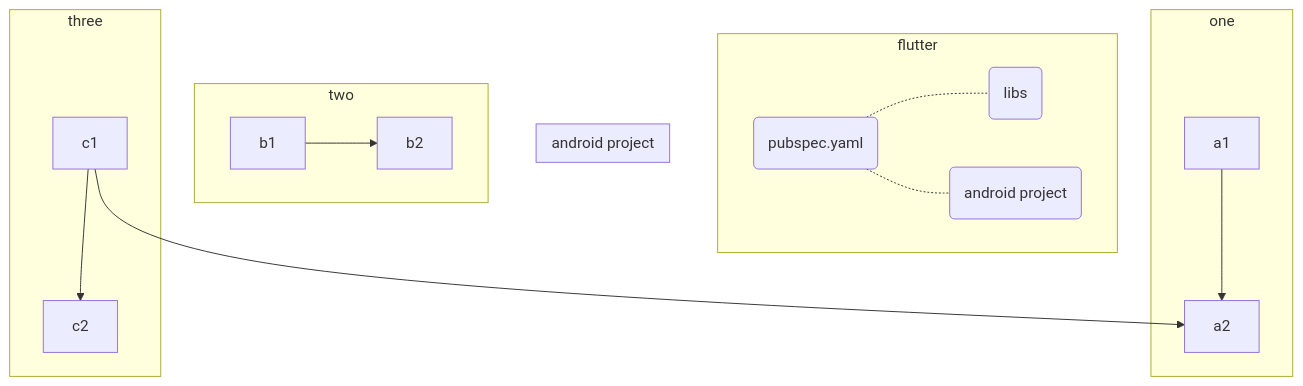
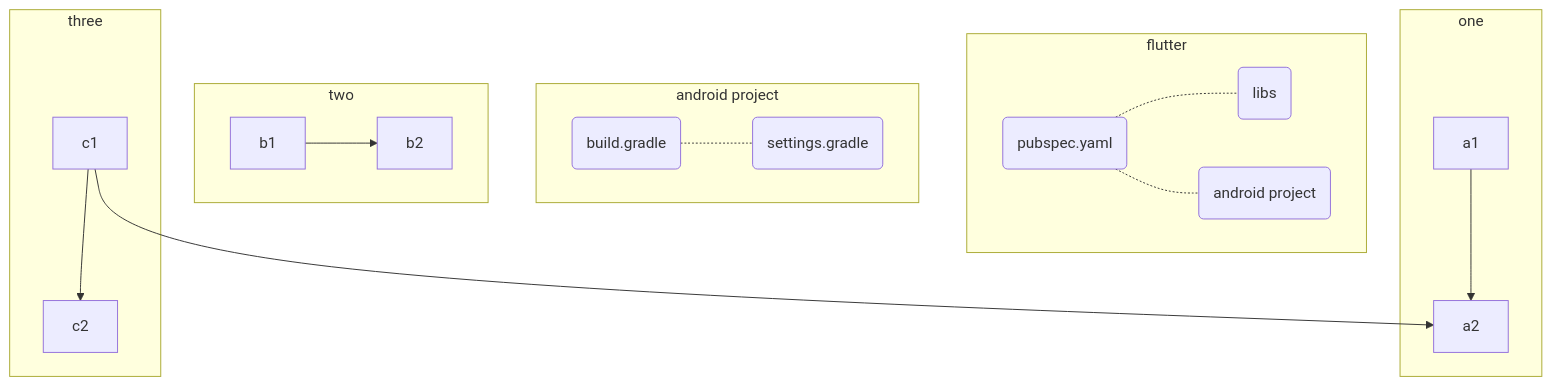
One commit to gordianknotC/nxp_note changed the second of 2 diagrams in flutter/addAndroidProjIntoFlutter.md. Above: the diagram before and after it, drawn with Mermaid. The commit also changed other lines of this file, not shown here.

````diff
--- a/flutter/addAndroidProjIntoFlutter.md
+++ b/flutter/addAndroidProjIntoFlutter.md
@@ -225,19 +225,20 @@
 ```mermaid
 graph TB
 	subgraph flutter
 		FP(pubspec.yaml) -.- FL(libs)
 		FP -.- FA(android project)
 	end
 	subgraph android project
+		AB(build.gradle) -.- AS(settings.gradle)
 	end
 	c1-->a2
     subgraph one
     a1-->a2
     end
     subgraph two
     b1-->b2
     end
     subgraph three
     c1-->c2
     end
 ```
````
